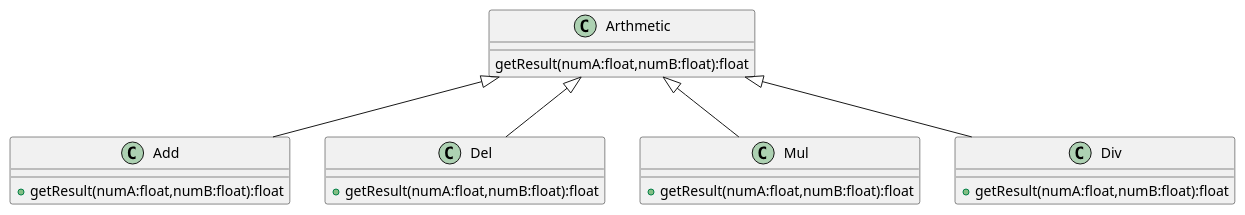
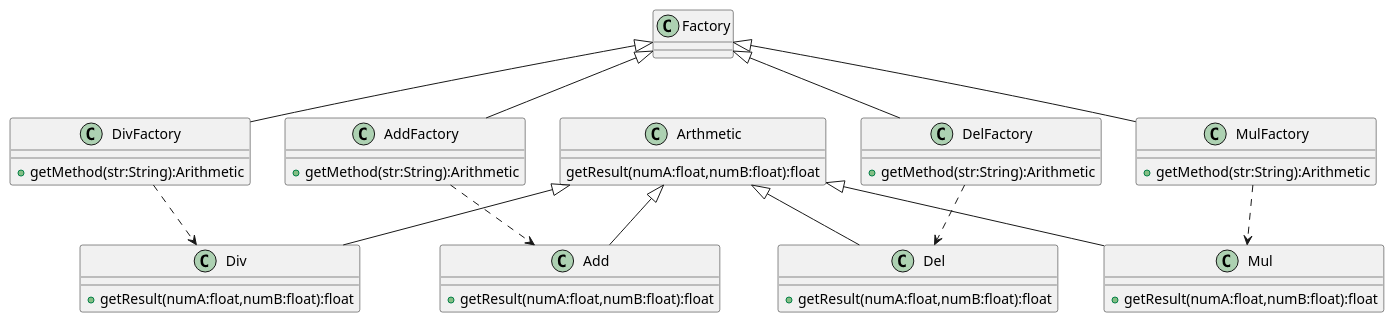
Before and after one commit to 20km-shimakaze/SthCode: the diagram in UML/设计模式/1_4.pu, drawn with PlantUML. The commit also changed 8 other files, not shown here.

```diff
--- a/UML/设计模式/1_4.pu
+++ b/UML/设计模式/1_4.pu
@@ -1,34 +1,66 @@
 @startuml 1_4
 class Arthmetic
 {
   getResult(numA:float,numB:float):float
 }
 
 class Add
 {
   +getResult(numA:float,numB:float):float
 }
 
 class Del
 {
   +getResult(numA:float,numB:float):float
 }
 
 class Mul
 {
   +getResult(numA:float,numB:float):float
 }
 
 class Div
 {
   +getResult(numA:float,numB:float):float
 }
 
+class AddFactory
+{
+  +getMethod(str:String):Arithmetic
+}
+
+class DelFactory
+{
+  +getMethod(str:String):Arithmetic
+}
+
+class MulFactory
+{
+  +getMethod(str:String):Arithmetic
+}
+
+class DivFactory
+{
+  +getMethod(str:String):Arithmetic
+}
+
+class Factory
+{
+  
+}
 Arthmetic <|-- Div
 Arthmetic <|-- Del
 Arthmetic <|-- Add
 Arthmetic <|-- Mul
 
+AddFactory ..> Add
+DelFactory ..> Del
+MulFactory ..> Mul
+DivFactory ..> Div
 
+Factory <|-- AddFactory
+Factory <|-- DelFactory
+Factory <|-- MulFactory
+Factory <|-- DivFactory
 
 @enduml
```
